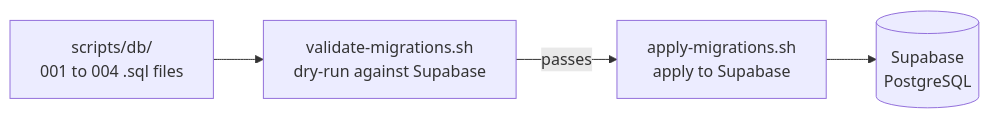
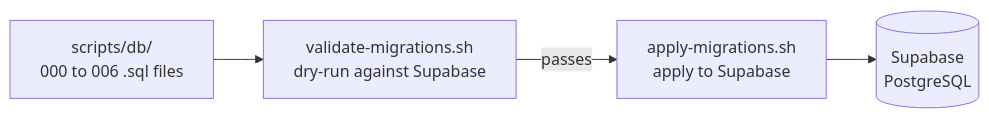
Before and after one commit to dev-personal-projects/vela: the ninth of 9 diagrams in docs/phases/PHASE-2-infrastructure.md, drawn with Mermaid. The commit also changed other lines of this file and 4 other files, not shown here.

````diff
--- a/docs/phases/PHASE-2-infrastructure.md
+++ b/docs/phases/PHASE-2-infrastructure.md
@@ -219,11 +253,11 @@
 ```mermaid
 flowchart LR
-    SQL[scripts/db/\n001 to 004 .sql files]
+    SQL[scripts/db/\n000 to 006 .sql files]
     VAL[validate-migrations.sh\ndry-run against Supabase]
     APP[apply-migrations.sh\napply to Supabase]
     DB[(Supabase\nPostgreSQL)]
 
     SQL --> VAL
     VAL -- passes --> APP
     APP --> DB
 ```
````
